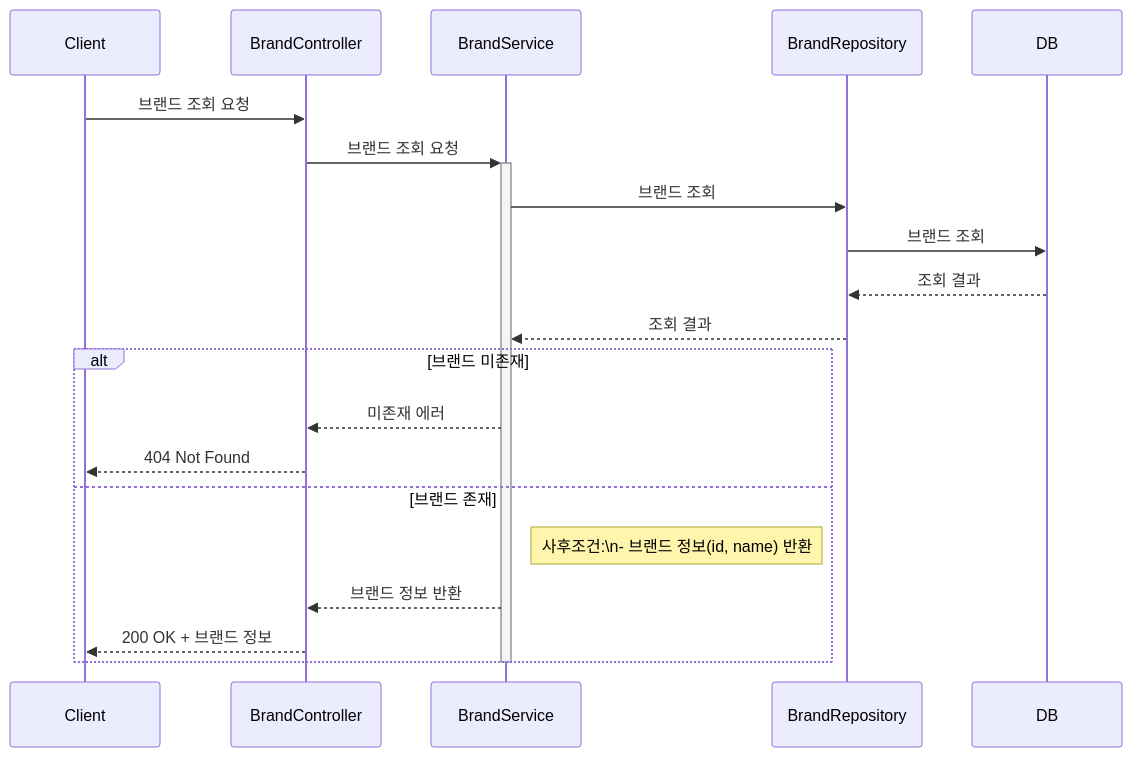
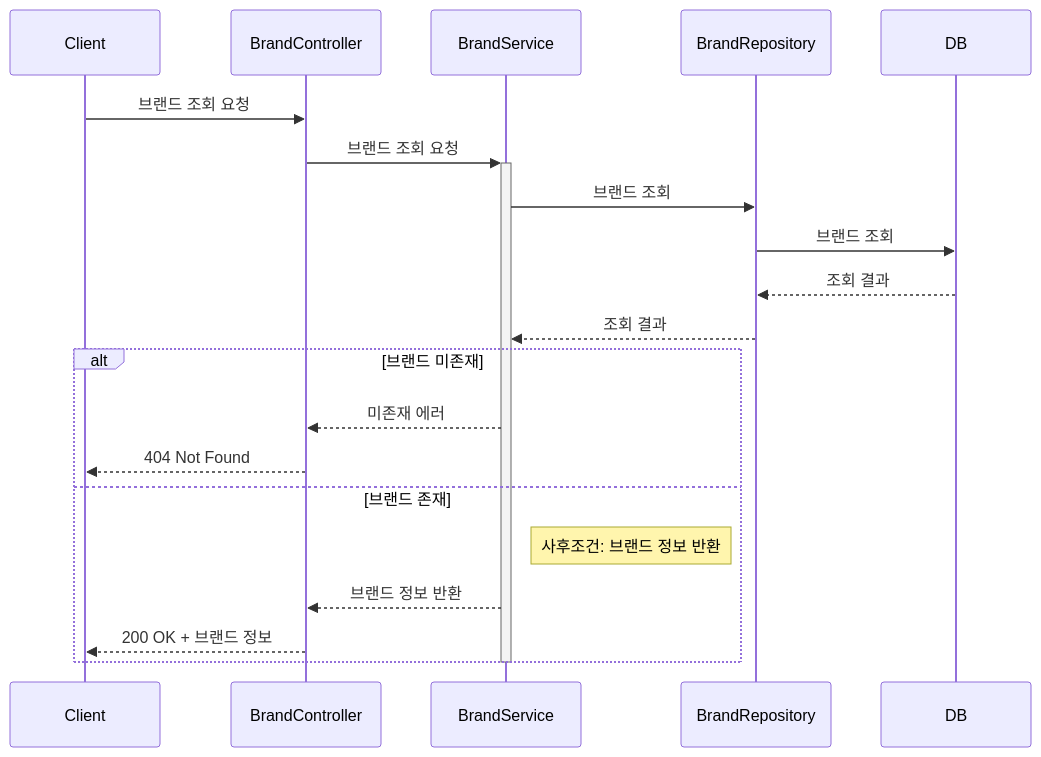
The first of 22 diagrams in docs/design/02-sequence-diagrams.md (Loopers-dev-lab/loop-pack-be-l2-vol3-kotlin), drawn with Mermaid before and after one commit. The commit also changed other lines of this file, not shown here.

Commit message:
docs(design): 시퀀스 다이어그램 줄바꿈 제거

````diff
--- a/docs/design/02-sequence-diagrams.md
+++ b/docs/design/02-sequence-diagrams.md
@@ -19,26 +19,26 @@
 ```mermaid
 sequenceDiagram
     participant Client
     participant BrandController
     participant BrandService
     participant BrandRepository
     participant DB
 
     Client->>BrandController: 브랜드 조회 요청
     BrandController->>+BrandService: 브랜드 조회 요청
 
     BrandService->>BrandRepository: 브랜드 조회
     BrandRepository->>DB: 브랜드 조회
     DB-->>BrandRepository: 조회 결과
     BrandRepository-->>BrandService: 조회 결과
 
     alt 브랜드 미존재
         BrandService-->>BrandController: 미존재 에러
         BrandController-->>Client: 404 Not Found
     else 브랜드 존재
-        Note right of BrandService: 사후조건:\n- 브랜드 정보(id, name) 반환
+        Note right of BrandService: 사후조건: 브랜드 정보 반환
         BrandService-->>BrandController: 브랜드 정보 반환
         BrandController-->>Client: 200 OK + 브랜드 정보
     end
     deactivate BrandService
 ```
````
